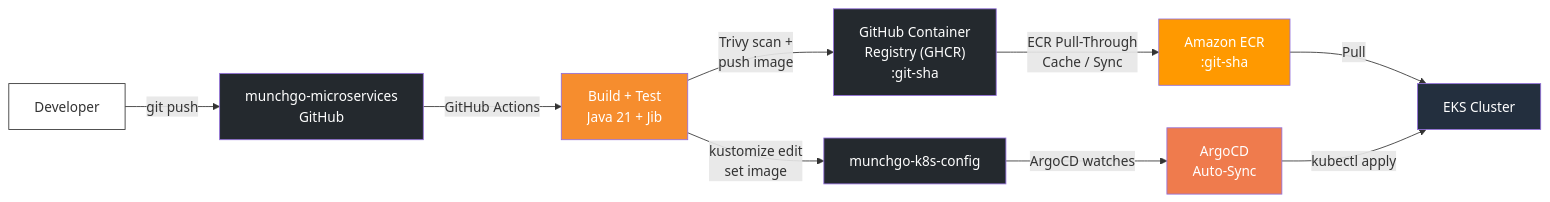
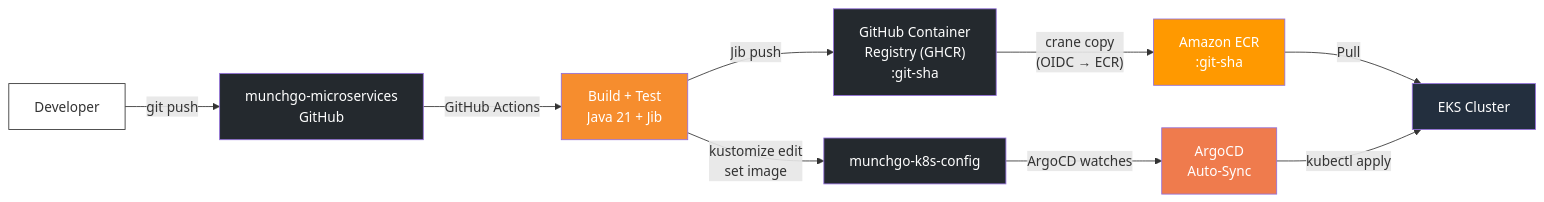
One commit to shanaka-versent/munchgo-aws-iac changed diagram 14 of 19 in README.md. Above: the diagram before and after it, drawn with Mermaid. The commit also changed other lines of this file, not shown here.

Commit message:
Fix README CI/CD section to match actual workflow implementation
- crane copy (not pull-through cache) for GHCR → ECR sync
- Jib push (not Trivy scan) in mermaid diagram and steps
- Matches the actual GitHub Actions workflows in munchgo-microservices

````diff
--- a/README.md
+++ b/README.md
@@ -826,20 +826,20 @@
 ```mermaid
 graph LR
     DEV[Developer] -->|git push| GH["munchgo-microservices<br/>GitHub"]
     GH -->|GitHub Actions| BUILD["Build + Test<br/>Java 21 + Jib"]
-    BUILD -->|"Trivy scan +<br/>push image"| GHCR["GitHub Container<br/>Registry (GHCR)<br/>:git-sha"]
-    GHCR -->|"ECR Pull-Through<br/>Cache / Sync"| ECR["Amazon ECR<br/>:git-sha"]
+    BUILD -->|"Jib push"| GHCR["GitHub Container<br/>Registry (GHCR)<br/>:git-sha"]
+    GHCR -->|"crane copy<br/>(OIDC → ECR)"| ECR["Amazon ECR<br/>:git-sha"]
     ECR -->|Pull| EKS2["EKS Cluster"]
     BUILD -->|"kustomize edit<br/>set image"| GITOPS["munchgo-k8s-config"]
     GITOPS -->|ArgoCD watches| ARGO["ArgoCD<br/>Auto-Sync"]
     ARGO -->|kubectl apply| EKS2
 
     style DEV fill:#fff,stroke:#333,color:#333
     style GH fill:#24292E,color:#fff
     style BUILD fill:#F68D2E,color:#fff
     style GHCR fill:#24292E,color:#fff
     style ECR fill:#FF9900,color:#fff
     style GITOPS fill:#24292E,color:#fff
     style ARGO fill:#EF7B4D,color:#fff
     style EKS2 fill:#232F3E,color:#fff
 ```
````
